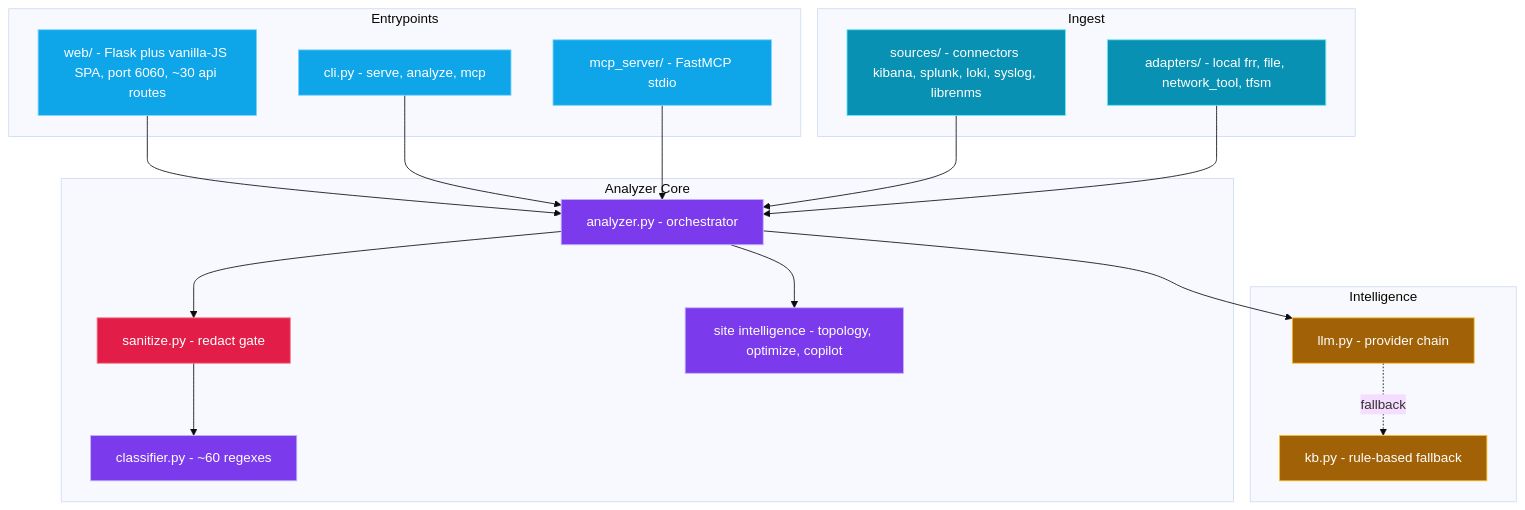
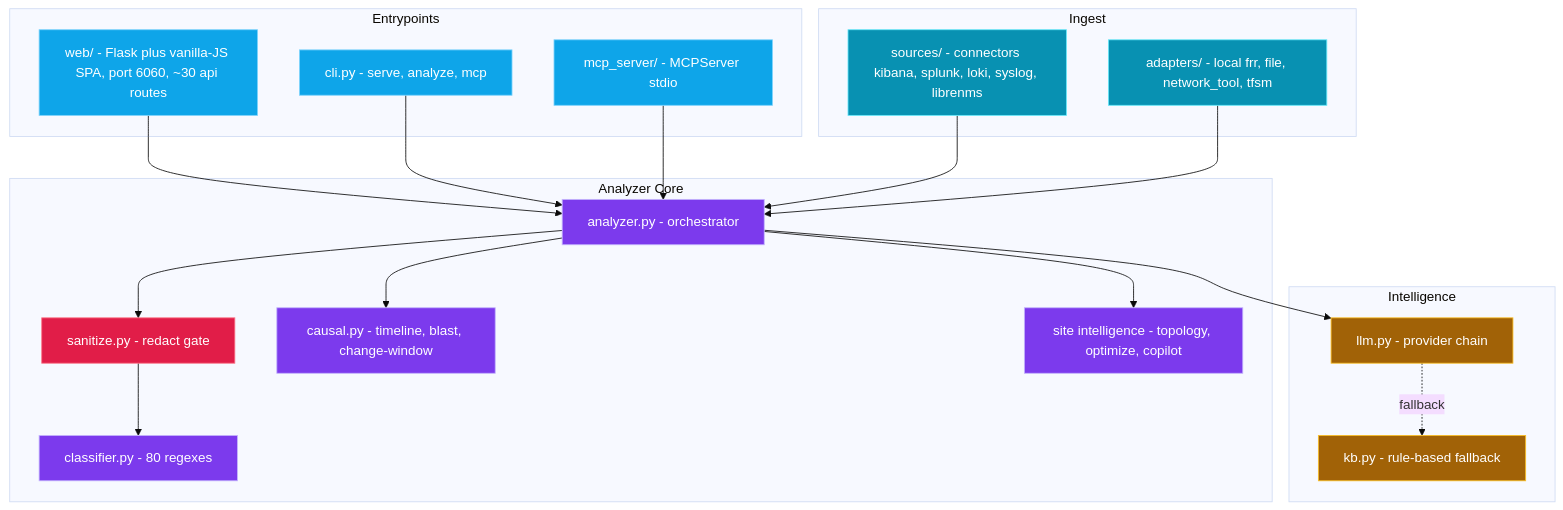
Before and after one commit to gesh75/netlog-ai: the second of 7 diagrams in docs/ARCHITECTURE.md, drawn with Mermaid (base theme). The commit also changed other lines of this file and 5 other files, not shown here.

````diff
--- a/docs/ARCHITECTURE.md
+++ b/docs/ARCHITECTURE.md
@@ -75,44 +77,46 @@
 ```mermaid
 flowchart TB
     subgraph ENTRY["Entrypoints"]
         WEB["web/ - Flask plus vanilla-JS SPA, port 6060, ~30 api routes"]
         CLI["cli.py - serve, analyze, mcp"]
-        MCP["mcp_server/ - FastMCP stdio"]
+        MCP["mcp_server/ - MCPServer stdio"]
     end
 
     subgraph INGEST["Ingest"]
         SRC["sources/ - connectors kibana, splunk, loki, syslog, librenms"]
         ADP["adapters/ - local frr, file, network_tool, tfsm"]
     end
 
     subgraph CORE["Analyzer Core"]
         SAN["sanitize.py - redact gate"]
-        CLS["classifier.py - ~60 regexes"]
+        CLS["classifier.py - 80 regexes"]
         ANA["analyzer.py - orchestrator"]
+        CAU["causal.py - timeline, blast, change-window"]
         SITE["site intelligence - topology, optimize, copilot"]
     end
 
     subgraph BRAIN["Intelligence"]
         LLMC["llm.py - provider chain"]
         KB["kb.py - rule-based fallback"]
     end
 
     WEB & CLI & MCP --> ANA
     SRC & ADP --> ANA
     ANA --> SAN --> CLS
+    ANA --> CAU
     ANA --> SITE
     ANA --> LLMC
     LLMC -.fallback.-> KB
 
     classDef entry fill:#0ea5e9,stroke:#7dd3fc,color:#fff
     classDef in    fill:#0891b2,stroke:#67e8f9,color:#fff
     classDef gate  fill:#e11d48,stroke:#fb7185,color:#fff
     classDef core  fill:#7c3aed,stroke:#c4b5fd,color:#fff
     classDef brain fill:#a16207,stroke:#fbbf24,color:#fff
 
     class WEB,CLI,MCP entry
     class SRC,ADP in
     class SAN gate
-    class CLS,ANA,SITE core
+    class CLS,ANA,CAU,SITE core
     class LLMC,KB brain
 ```
````
